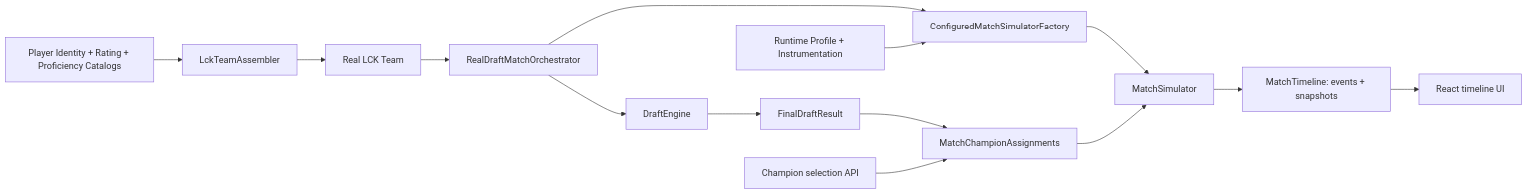
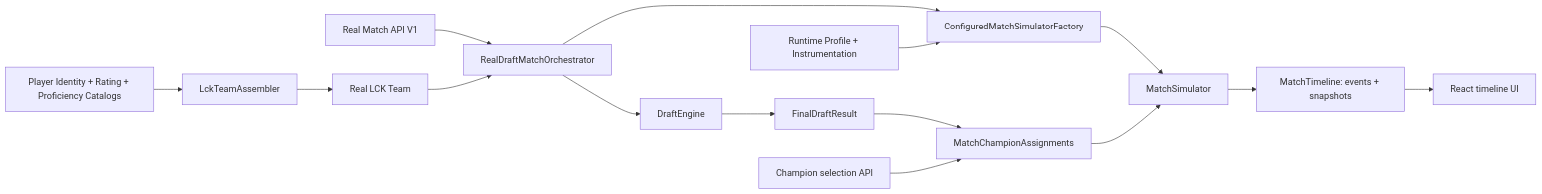
The diagram in docs/architecture/overview.md (haengguk/myfmanager), drawn with Mermaid before and after one commit. The commit also changed other lines of this file and 17 other files, not shown here.

````diff
--- a/docs/architecture/overview.md
+++ b/docs/architecture/overview.md
@@ -7,16 +7,17 @@
 ```mermaid
 flowchart LR
     I[Player Identity + Rating + Proficiency Catalogs] --> R[LckTeamAssembler]
     R --> X[Real LCK Team]
+    Q[Real Match API V1] --> O
     X --> O[RealDraftMatchOrchestrator]
     O --> D[DraftEngine]
     O --> M[ConfiguredMatchSimulatorFactory]
     P[Runtime Profile + Instrumentation] --> M
     M --> S[MatchSimulator]
     D --> F[FinalDraftResult]
     F --> A[MatchChampionAssignments]
     C[Champion selection API] --> A
     A --> S
     S --> T[MatchTimeline: events + snapshots]
     T --> U[React timeline UI]
 ```
````
